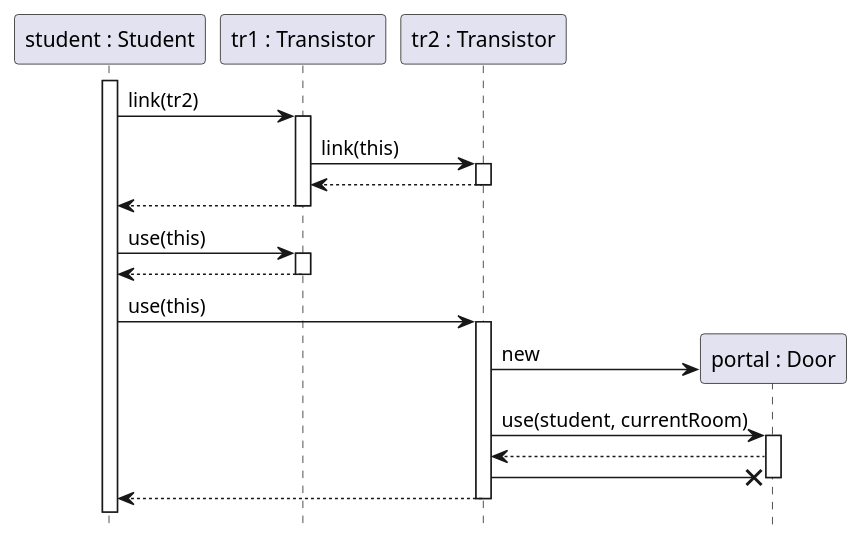
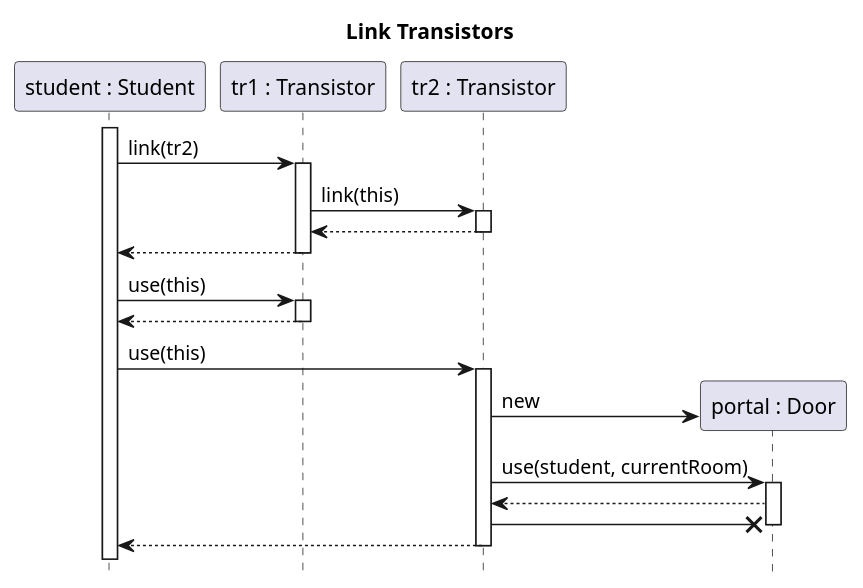
One commit to sn4k3ch4rm3r/logarlec changed the diagram in docs/diagrams/sequence/transistor.puml. Above: the diagram before and after it, drawn with PlantUML. The commit also changed 8 other files, not shown here.

Commit message:
Added title to the diagrams

```diff
--- a/docs/diagrams/sequence/transistor.puml
+++ b/docs/diagrams/sequence/transistor.puml
@@ -1,27 +1,27 @@
 @startuml transistor
-
+title Link Transistors
 hide footbox
 
 participant "student : Student" as s
 participant "tr1 : Transistor" as tr1
 participant "tr2 : Transistor" as tr2
 
 s ++
 s -> tr1 ++: link(tr2)
 tr1 -> tr2 ++: link(this)
 tr1 <-- tr2--
 s <-- tr1--
 s -> tr1++: use(this)
 s <-- tr1--
 s -> tr2 ++: use(this)
 
 create "portal : Door" as p
 tr2 -> p: new
 tr2 -> p ++: use(student, currentRoom)
 tr2 <-- p
 tr2 -x p
 p--
 
 s <-- tr2--
 
 @enduml
```
